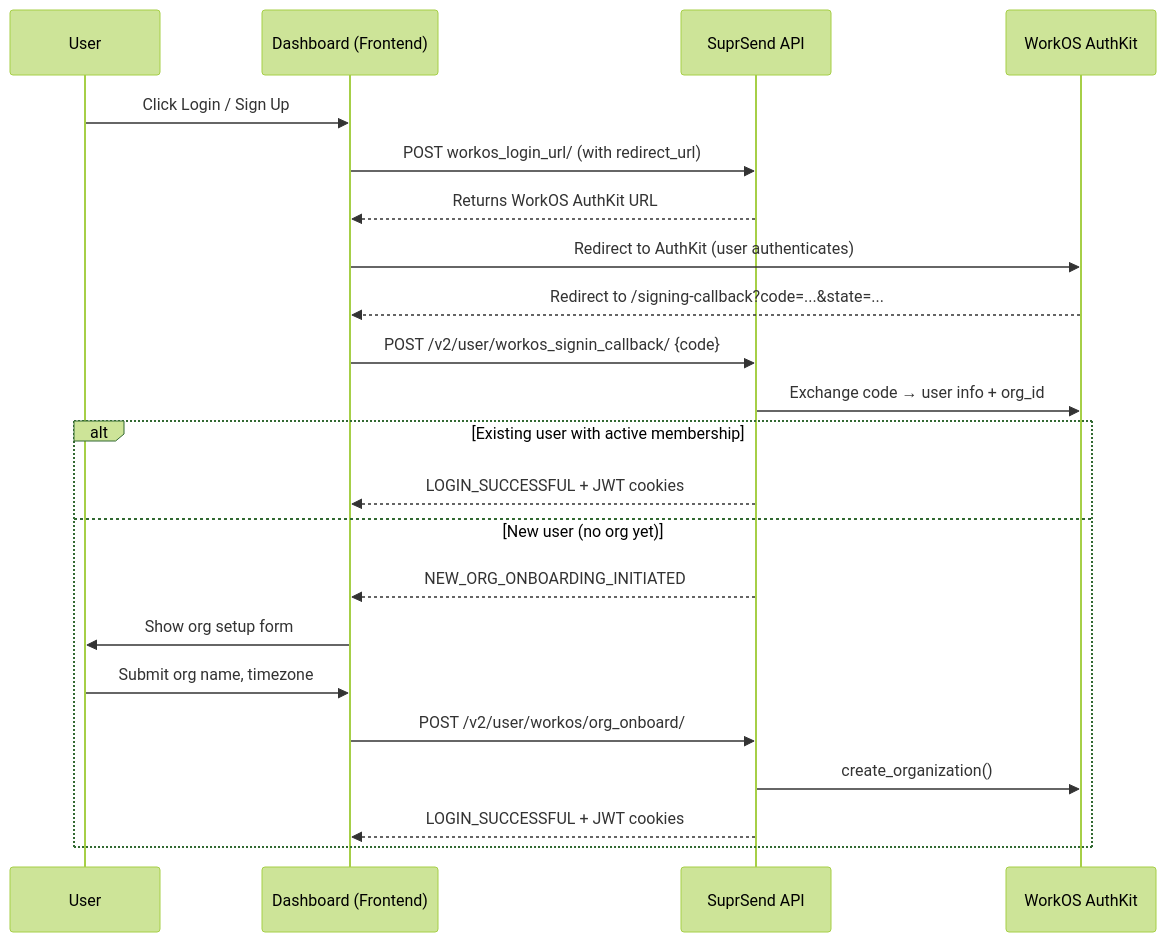
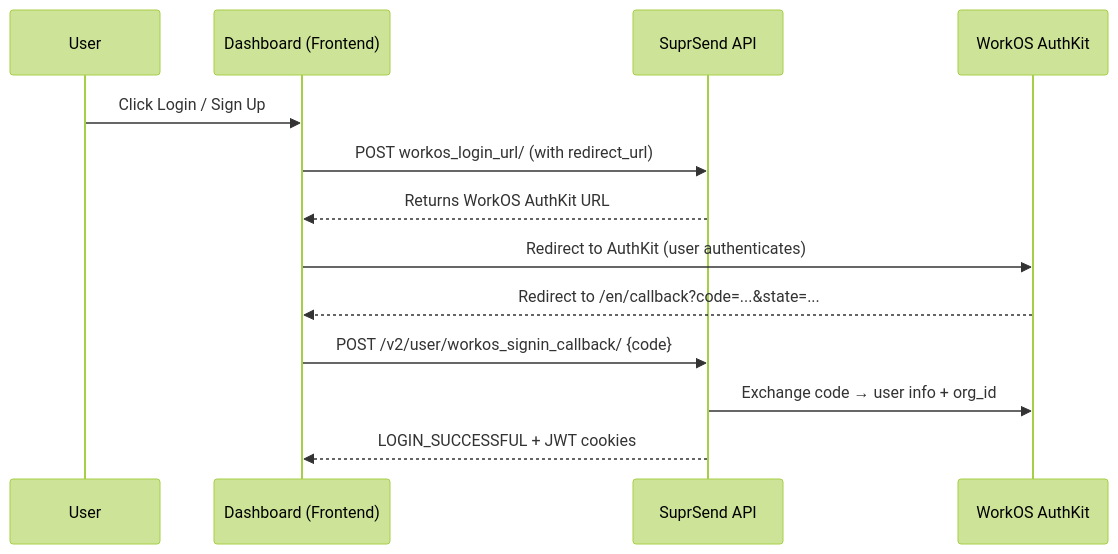
One commit to suprsend/documentation changed the diagram in docs/self-hosted/workos-integration.mdx. Above: the diagram before and after it, drawn with Mermaid (forest theme). The commit also changed other lines of this file, not shown here.

````diff
--- a/docs/self-hosted/workos-integration.mdx
+++ b/docs/self-hosted/workos-integration.mdx
@@ -159,25 +161,16 @@
 ```mermaid
 sequenceDiagram
     participant U as User
     participant FE as Dashboard (Frontend)
     participant API as SuprSend API
     participant WOS as WorkOS AuthKit
 
     U->>FE: Click Login / Sign Up
     FE->>API: POST workos_login_url/ (with redirect_url)
     API-->>FE: Returns WorkOS AuthKit URL
     FE->>WOS: Redirect to AuthKit (user authenticates)
-    WOS-->>FE: Redirect to /signing-callback?code=...&state=...
+    WOS-->>FE: Redirect to /en/callback?code=...&state=...
     FE->>API: POST /v2/user/workos_signin_callback/ {code}
     API->>WOS: Exchange code → user info + org_id
-    alt Existing user with active membership
-        API-->>FE: LOGIN_SUCCESSFUL + JWT cookies
-    else New user (no org yet)
-        API-->>FE: NEW_ORG_ONBOARDING_INITIATED
-        FE->>U: Show org setup form
-        U->>FE: Submit org name, timezone
-        FE->>API: POST /v2/user/workos/org_onboard/
-        API->>WOS: create_organization()
-        API-->>FE: LOGIN_SUCCESSFUL + JWT cookies
-    end
+    API-->>FE: LOGIN_SUCCESSFUL + JWT cookies
 ```
````
